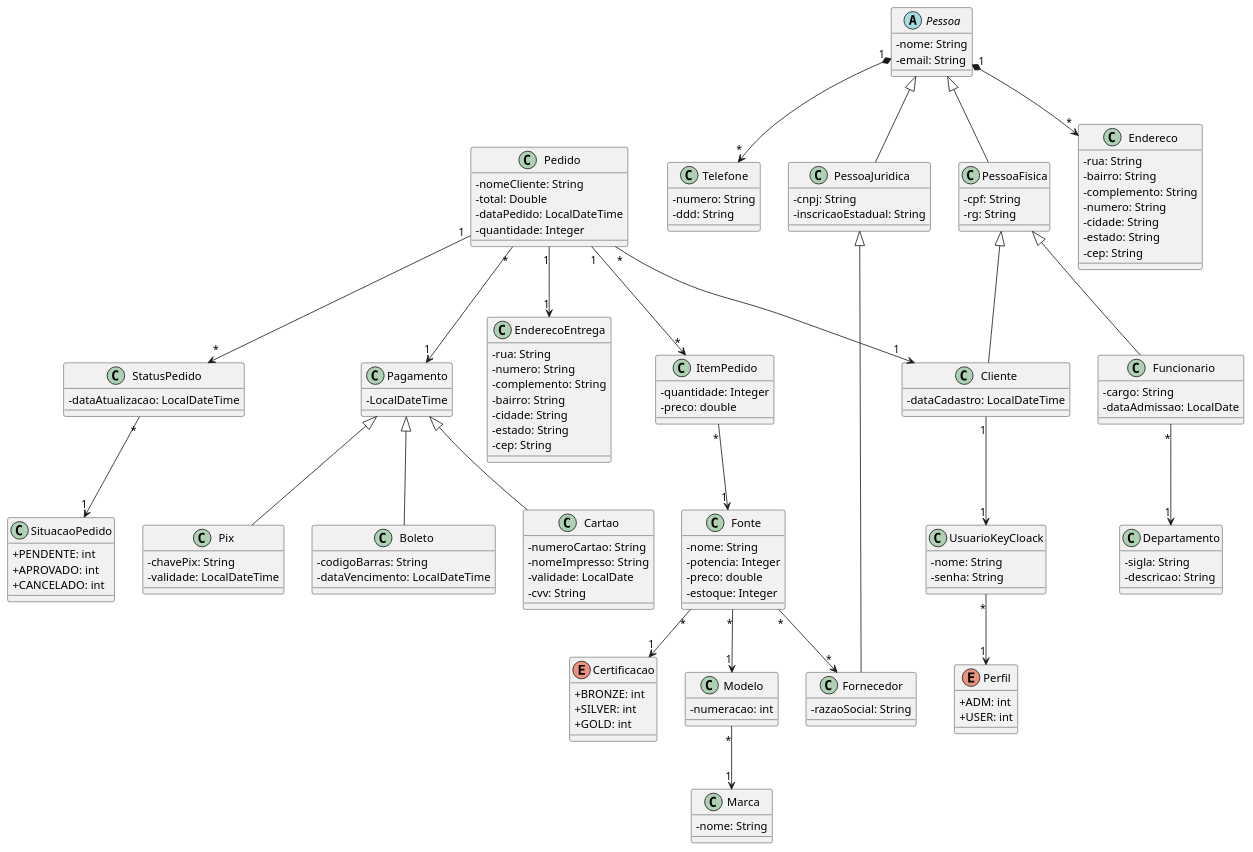
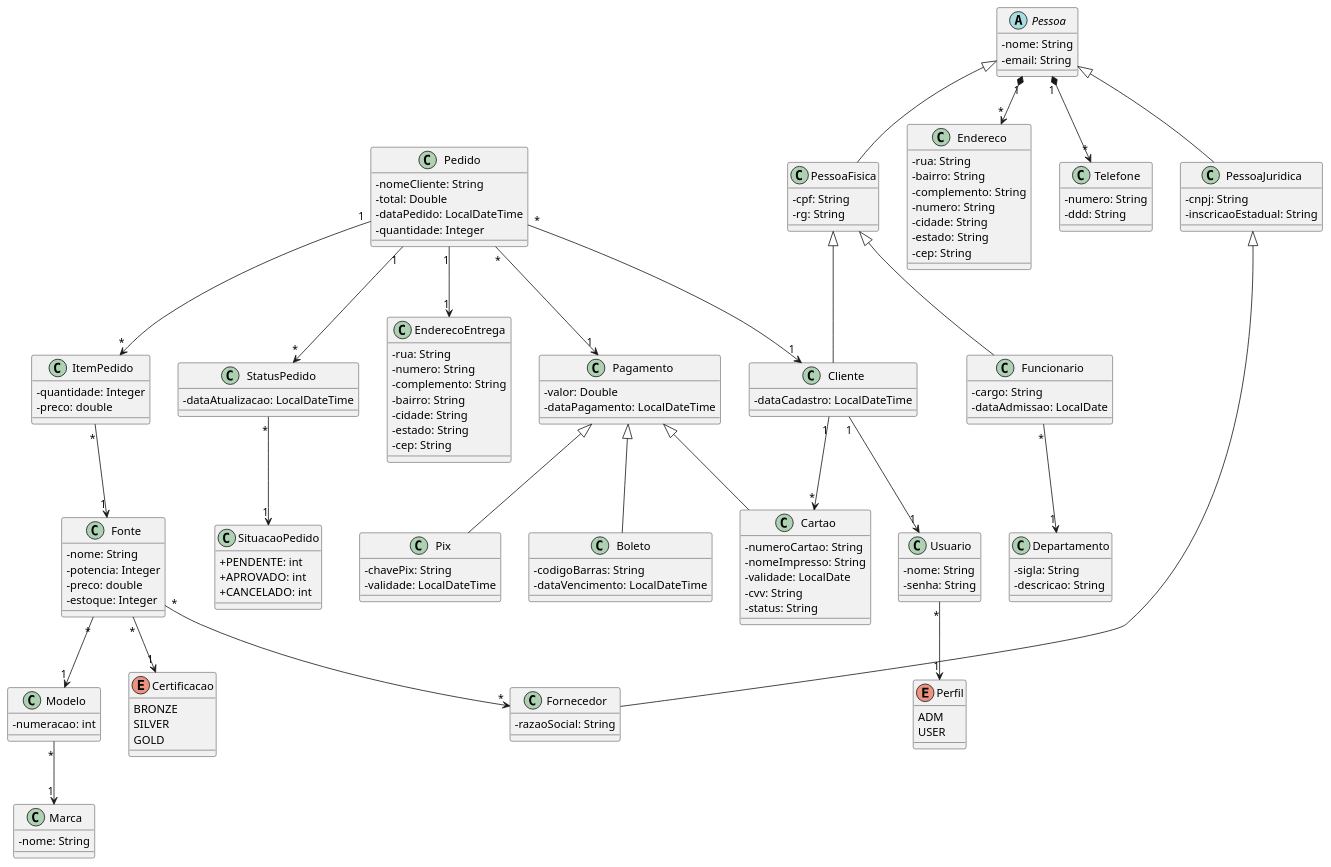
Before and after one commit to BielGG9/fontestp1: the diagram in src/main/resources/UML.puml, drawn with PlantUML. The commit also changed 25 other files, not shown here.

```diff
--- a/src/main/resources/UML.puml
+++ b/src/main/resources/UML.puml
@@ -1,199 +1,168 @@
 @startuml
 
 skinparam classAttributeIconSize 0
 
-
 class PessoaFisica extends Pessoa {
-
   -cpf: String
   -rg: String
 }
 
 class PessoaJuridica extends Pessoa {
-
   -cnpj: String
   -inscricaoEstadual: String
 }
 
 abstract class Pessoa {
-
   -nome: String
   -email: String
 }
 
-class Cliente extends PessoaFisica{
-
+class Cliente extends PessoaFisica {
   -dataCadastro: LocalDateTime
 }
 
 class Endereco {
-
   -rua: String
   -bairro: String
   -complemento: String
   -numero: String
   -cidade: String
   -estado: String
   -cep: String
-
 }
 
 class Telefone {
-
   -numero: String
   -ddd: String
 }
 
 Class Departamento {
-
   -sigla: String
   -descricao: String
 }
 
 class Funcionario extends PessoaFisica {
-
   -cargo: String
   -dataAdmissao: LocalDate
 }
 
 class Fornecedor extends PessoaJuridica {
-
   -razaoSocial: String
 }
 
-class UsuarioKeyCloack {
-
+class Usuario {
   -nome: String
   -senha: String
 }
 
 Enum Perfil {
-
-  + ADM: int
-  + USER: int
-
+  ADM
+  USER
 }
 
 class Pedido {
-
   -nomeCliente: String
   -total: Double
   -dataPedido: LocalDateTime
   -quantidade: Integer
-
 }
 
 Class EnderecoEntrega {
-
   -rua: String
   -numero: String
   -complemento: String
   -bairro: String
   -cidade: String
   -estado: String
   -cep: String
-
 }
 
 class Pagamento {
-  
-  -LocalDateTime
-
+  -valor: Double
+  -dataPagamento: LocalDateTime
 }
 
 class Pix extends Pagamento {
-
   -chavePix: String
   -validade: LocalDateTime
 }
 
 class Boleto extends Pagamento {
   -codigoBarras: String
   -dataVencimento: LocalDateTime
-
 }
 
-class Cartao extends Pagamento{
-
+class Cartao extends Pagamento {
   -numeroCartao: String
   -nomeImpresso: String
   -validade: LocalDate
   -cvv: String
-
+  -status: String
 }
 
 class ItemPedido {
   -quantidade: Integer
   -preco: double
-
 }
 
 class Fonte {
   -nome: String
   -potencia: Integer
   -preco: double
   -estoque: Integer
 }
 
 class Marca {
-
   -nome: String
 }
 
 enum Certificacao {
-
-  + BRONZE: int
-  + SILVER: int
-  + GOLD: int 
+  BRONZE
+  SILVER
+  GOLD
 }
 
 class Modelo {
-
   -numeracao: int
-  
-  }
+}
 
 Class SituacaoPedido {
-
-  + PENDENTE: int
-  + APROVADO: int
-  + CANCELADO: int
-
+  +PENDENTE: int
+  +APROVADO: int
+  +CANCELADO: int
 }
 
 class StatusPedido {
-
   -dataAtualizacao: LocalDateTime
-
 }
 
-
-
+' --- RELACIONAMENTOS ---
 
 Pessoa "1" *--> "*" Endereco
 Pessoa "1" *--> "*" Telefone
 
 Funcionario "*" --> "1" Departamento
 
 Pedido "*" --> "1" Cliente
 Pedido "1" --> "*" ItemPedido
 Pedido "*" --> "1" Pagamento
 Pedido "1" --> "*" StatusPedido
 Pedido "1" --> "1" EnderecoEntrega
 
 StatusPedido "*" --> "1" SituacaoPedido
 
-Cliente "1" --> "1" UsuarioKeyCloack
+Cliente "1" --> "1" Usuario
 
-UsuarioKeyCloack "*" --> "1" Perfil
+Cliente "1" --> "*" Cartao
+
+Usuario "*" --> "1" Perfil
 
 ItemPedido "*" --> "1" Fonte
 
 Fonte "*" --> "1" Modelo
 Fonte "*" --> "*" Fornecedor
 Fonte "*" --> "1" Certificacao
 
 Modelo "*" --> "1" Marca
 
-
 @enduml
```
